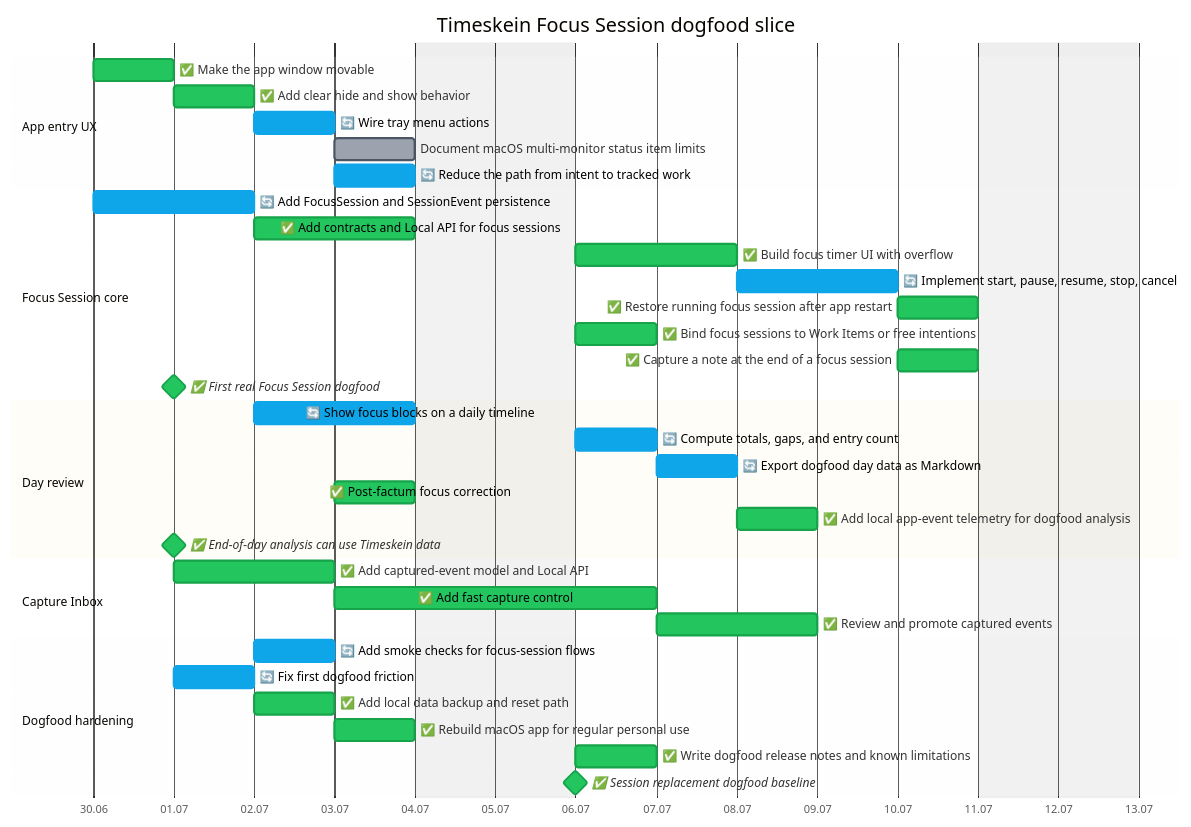
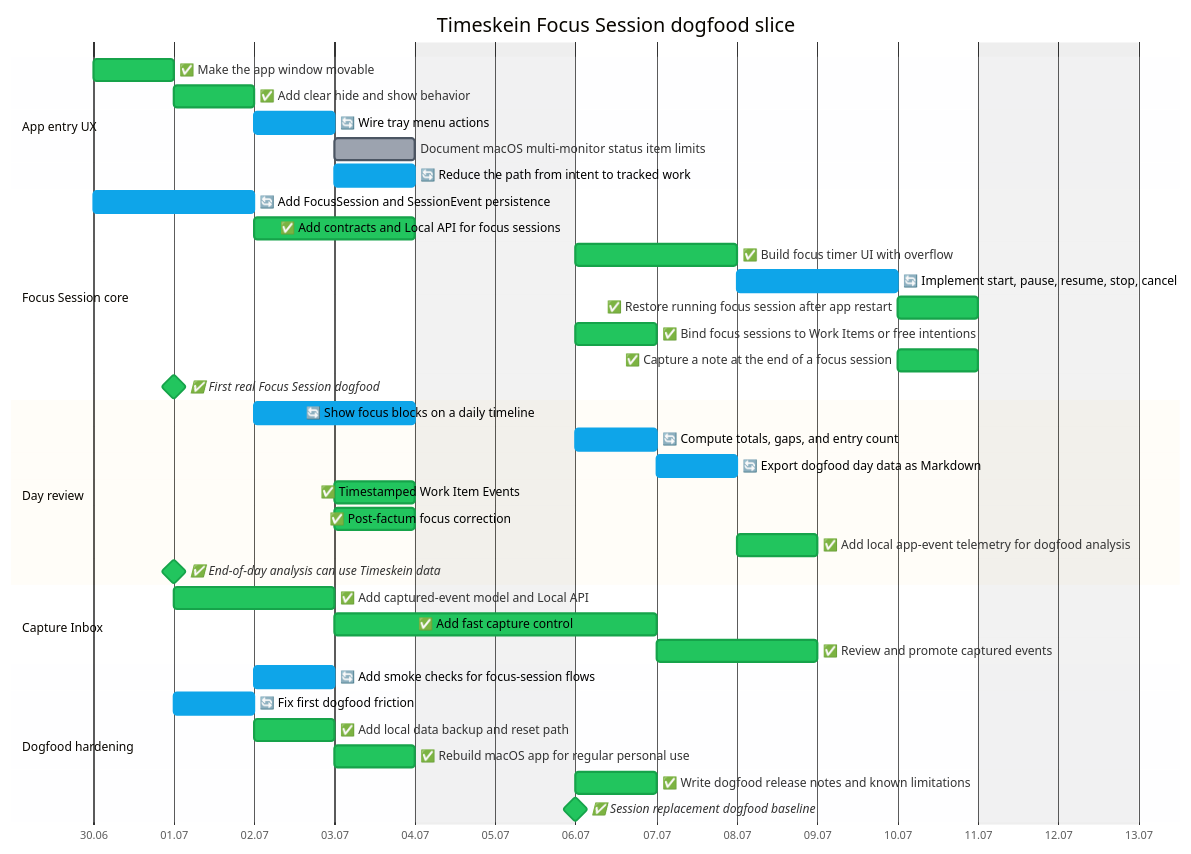
One commit to asukhodko/timeskein changed the second of 2 diagrams in docs/roadmap/opskarta.md. Above: the diagram before and after it, drawn with Mermaid. The commit also changed other lines of this file and 29 other files, not shown here.

Commit message:
Add timestamped work item events

````diff
--- a/docs/roadmap/opskarta.md
+++ b/docs/roadmap/opskarta.md
@@ -64,43 +64,44 @@
 ```mermaid
 %%{init: {"theme": "base", "themeVariables": {"taskBkgColor": "#9ca3af", "taskBorderColor": "#4b5563", "taskTextColor": "#000000", "taskTextDarkColor": "#000000", "taskTextLightColor": "#000000", "activeTaskBkgColor": "#0ea5e9", "activeTaskBorderColor": "#0ea5e9", "doneTaskBkgColor": "#22c55e", "doneTaskBorderColor": "#16a34a", "critBkgColor": "#fecaca", "critBorderColor": "#fecaca", "todayLineColor": "#ef4444"}} }%%
 
 gantt
     title Timeskein Focus Session dogfood slice
     dateFormat YYYY-MM-DD
     axisFormat %d.%m
     excludes weekends
 
     section App entry UX
     ✅ Make the app window movable  :done, ts_ux_entry_window_drag,    2026-06-30, 1d
     ✅ Add clear hide and show behavior  :done, ts_ux_entry_hide_toggle,    2026-07-01, 1d
     🔄 Wire tray menu actions  :active, ts_ux_entry_tray_actions,    2026-07-02, 1d
     Document macOS multi-monitor status item limits  :ts_ux_entry_monitor_policy,    2026-07-03, 1d
     🔄 Reduce the path from intent to tracked work  :active, ts_ux_entry_fast_track_flow,    2026-07-03, 1d
     section Focus Session core
     🔄 Add FocusSession and SessionEvent persistence  :active, ts_focus_core_model_migrations,    2026-06-30, 2d
     ✅ Add contracts and Local API for focus sessions  :done, ts_focus_core_contracts_api,    2026-07-02, 2d
     ✅ Build focus timer UI with overflow  :done, ts_focus_core_timer_ui,    2026-07-06, 2d
     🔄 Implement start, pause, resume, stop, cancel  :active, ts_focus_core_session_lifecycle,    2026-07-08, 2d
     ✅ Restore running focus session after app restart  :done, ts_focus_core_restart_restore,    2026-07-10, 1d
     ✅ Bind focus sessions to Work Items or free intentions  :done, ts_focus_core_work_item_binding,    2026-07-06, 1d
     ✅ Capture a note at the end of a focus session  :done, ts_focus_core_session_notes,    2026-07-10, 1d
     ✅ First real Focus Session dogfood  :milestone, done, ts_focus_core_dogfood_gate,    2026-07-01, 0d
     section Day review
     🔄 Show focus blocks on a daily timeline  :active, ts_day_review_timeline,    2026-07-02, 2d
     🔄 Compute totals, gaps, and entry count  :active, ts_day_review_totals_gaps,    2026-07-06, 1d
     🔄 Export dogfood day data as Markdown  :active, ts_day_review_export,    2026-07-07, 1d
+    ✅ Timestamped Work Item Events  :done, ts_day_review_work_item_events,    2026-07-03, 1d
     ✅ Post-factum focus correction  :done, ts_day_review_corrections,    2026-07-03, 1d
     ✅ Add local app-event telemetry for dogfood analysis  :done, ts_day_review_app_telemetry,    2026-07-08, 1d
     ✅ End-of-day analysis can use Timeskein data  :milestone, done, ts_day_review_analysis_gate,    2026-07-01, 0d
     section Capture Inbox
     ✅ Add captured-event model and Local API  :done, ts_capture_model_api,    2026-07-01, 2d
     ✅ Add fast capture control  :done, ts_capture_quick_ui,    2026-07-03, 2d
     ✅ Review and promote captured events  :done, ts_capture_review_flow,    2026-07-07, 2d
     section Dogfood hardening
     🔄 Add smoke checks for focus-session flows  :active, ts_hardening_smoke,    2026-07-02, 1d
     🔄 Fix first dogfood friction  :active, ts_hardening_post_dogfood_friction,    2026-07-01, 1d
     ✅ Add local data backup and reset path  :done, ts_hardening_backup_reset,    2026-07-02, 1d
     ✅ Rebuild macOS app for regular personal use  :done, ts_hardening_package_app,    2026-07-03, 1d
     ✅ Write dogfood release notes and known limitations  :done, ts_hardening_release_notes,    2026-07-06, 1d
     ✅ Session replacement dogfood baseline  :milestone, done, ts_hardening_dogfood_release,    2026-07-06, 0d
 ```
````
